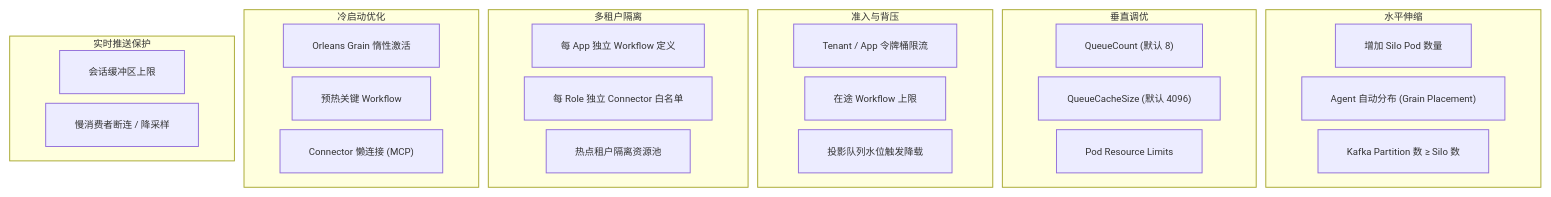
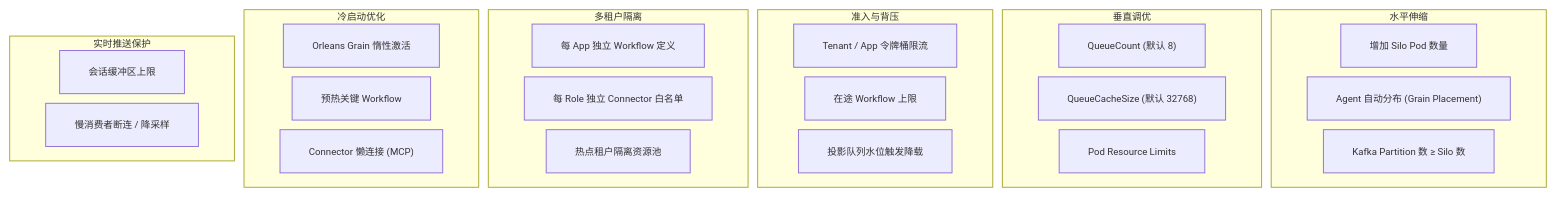
Before and after one commit to aevatarAI/aevatar: diagram 15 of 19 in docs/adr/0002-mainnet-architecture.md, drawn with Mermaid. The commit also changed other lines of this file and 8 other files, not shown here.

````diff
--- a/docs/adr/0002-mainnet-architecture.md
+++ b/docs/adr/0002-mainnet-architecture.md
@@ -997,38 +997,38 @@
 ```mermaid
 %%{init: {"maxTextSize": 100000, "flowchart": {"useMaxWidth": false, "nodeSpacing": 10, "rankSpacing": 50}, "themeVariables": {"fontSize": "10px"}}}%%
 flowchart TB
     subgraph horizontal ["水平伸缩"]
         H1["增加 Silo Pod 数量"]
         H2["Agent 自动分布 (Grain Placement)"]
         H3["Kafka Partition 数 ≥ Silo 数"]
     end
 
     subgraph vertical ["垂直调优"]
         V1["QueueCount (默认 8)"]
-        V2["QueueCacheSize (默认 4096)"]
+        V2["QueueCacheSize (默认 32768)"]
         V3["Pod Resource Limits"]
     end
 
     subgraph admission ["准入与背压"]
         A1["Tenant / App 令牌桶限流"]
         A2["在途 Workflow 上限"]
         A3["投影队列水位触发降载"]
     end
 
     subgraph tenant ["多租户隔离"]
         T1["每 App 独立 Workflow 定义"]
         T2["每 Role 独立 Connector 白名单"]
         T3["热点租户隔离资源池"]
     end
 
     subgraph coldstart ["冷启动优化"]
         CS1["Orleans Grain 惰性激活"]
         CS2["预热关键 Workflow"]
         CS3["Connector 懒连接 (MCP)"]
     end
 
     subgraph realtime ["实时推送保护"]
         R1["会话缓冲区上限"]
         R2["慢消费者断连 / 降采样"]
     end
 ```
````
